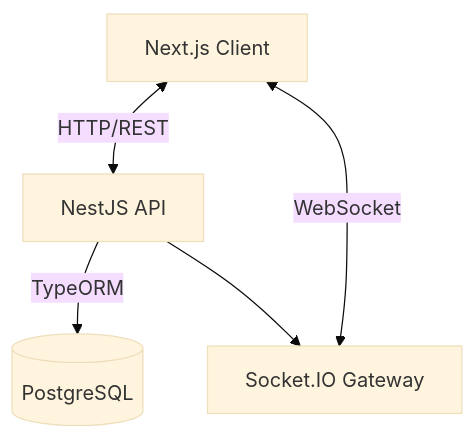
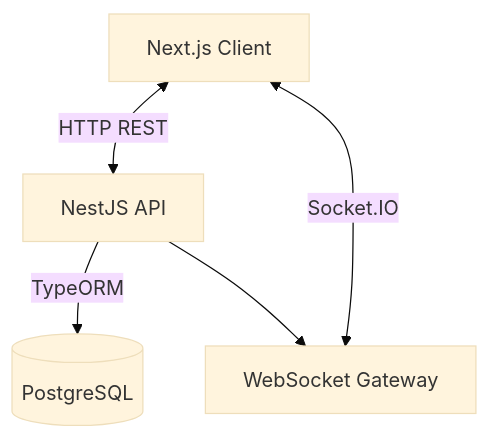
Before and after one commit to chanh1311/flash_sale: the first of 2 diagrams in DESIGN.md, drawn with Mermaid (base theme). The commit also changed other lines of this file and 1 other file, not shown here.

````diff
--- a/DESIGN.md
+++ b/DESIGN.md
@@ -11,7 +7,7 @@
 ```mermaid
 graph TD
-    Client[Next.js Client] <-->|HTTP/REST| API[NestJS API]
-    Client <-->|WebSocket| Gateway[Socket.IO Gateway]
+    Client[Next.js Client] <-->|HTTP REST| API[NestJS API]
+    Client <-->|Socket.IO| Gateway[WebSocket Gateway]
     API -->|TypeORM| DB[(PostgreSQL)]
     API --> Gateway
 ```
````
